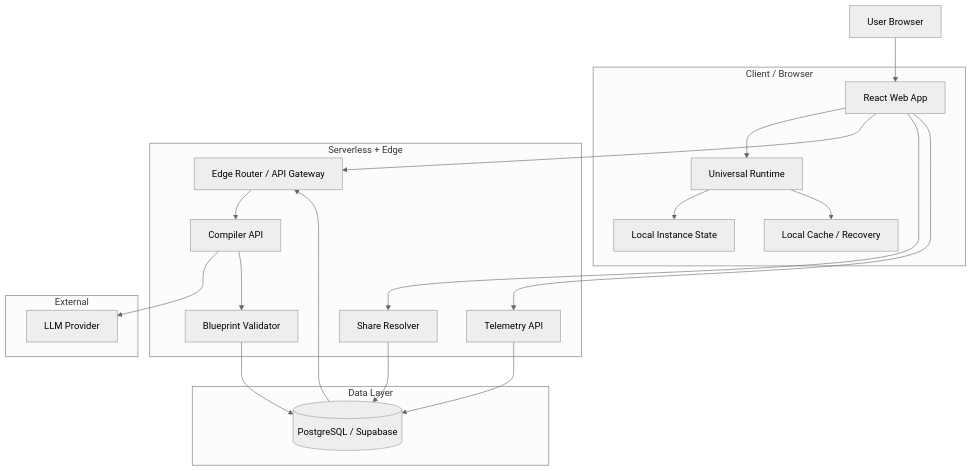
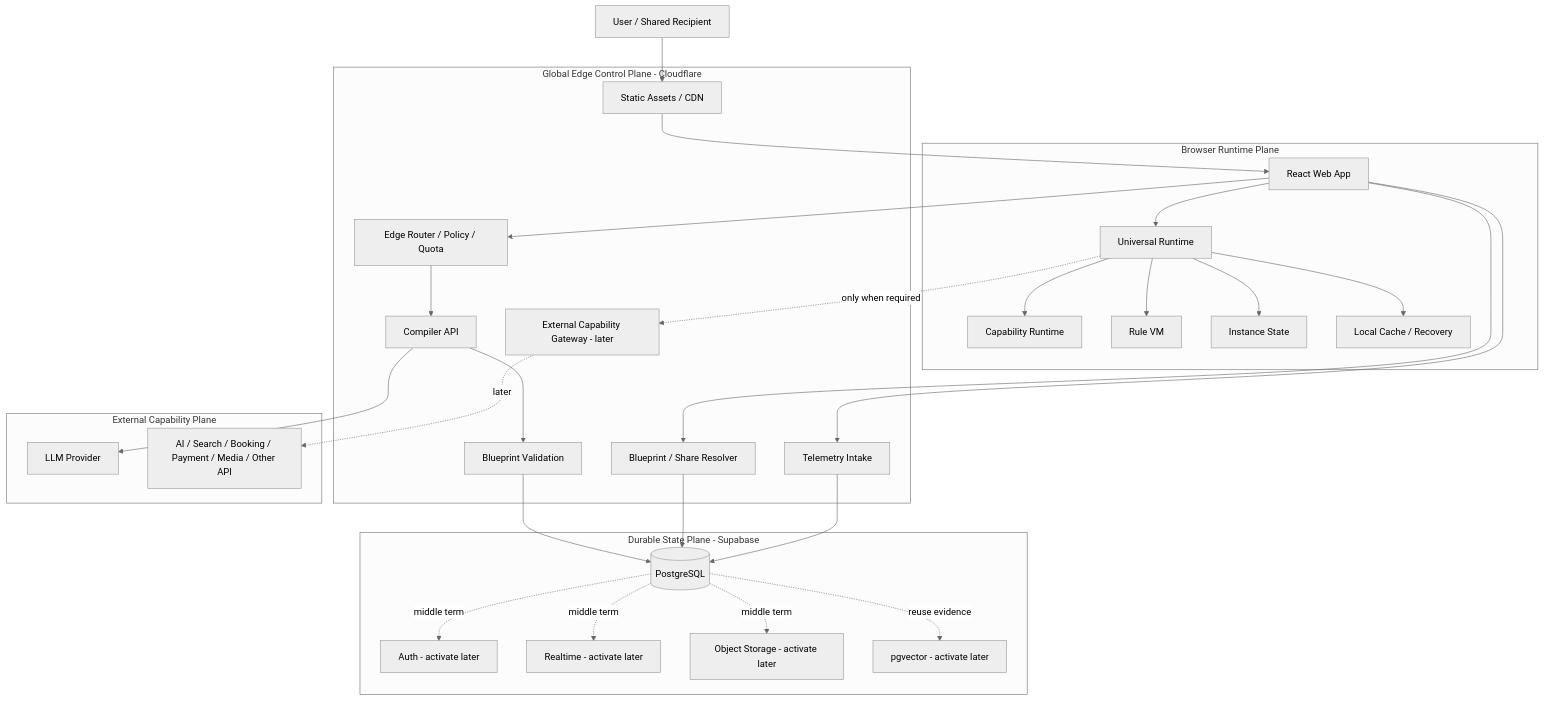
One commit to NFF98/NodeFF changed the first of 2 diagrams in working/INFRA-ARCHITECTURE.md. Above: the diagram before and after it, drawn with Mermaid (neutral theme). The commit also changed other lines of this file, not shown here.

```diff
--- a/working/INFRA-ARCHITECTURE.md
+++ b/working/INFRA-ARCHITECTURE.md
@@ -49,46 +131,64 @@
 ~~~mermaid
 flowchart TB
-    U[User Browser]
+    USER[User / Shared Recipient]
 
-    subgraph CLIENT["Client / Browser"]
+    subgraph RUNTIME["Browser Runtime Plane"]
         WEB[React Web App]
-        RT[Universal Runtime]
-        STATE[Local Instance State]
-        CACHE[Local Cache / Recovery]
+        PLAYER[Universal Runtime]
+        CAP[Capability Runtime]
+        RULE[Rule VM]
+        STATE[Instance State]
+        LOCAL[Local Cache / Recovery]
     end
 
-    subgraph EDGE["Serverless + Edge"]
-        ROUTER[Edge Router / API Gateway]
+    subgraph EDGE["Global Edge Control Plane - Cloudflare"]
+        CDN[Static Assets / CDN]
+        ROUTER[Edge Router / Policy / Quota]
         COMPILER[Compiler API]
-        VALIDATOR[Blueprint Validator]
-        SHARE[Share Resolver]
-        EVENTS[Telemetry API]
+        VALIDATOR[Blueprint Validation]
+        RESOLVER[Blueprint / Share Resolver]
+        EVENTS[Telemetry Intake]
+        GATEWAY[External Capability Gateway - later]
     end
 
-    subgraph DATA["Data Layer"]
-        PG[(PostgreSQL / Supabase)]
+    subgraph DATA["Durable State Plane - Supabase"]
+        PG[(PostgreSQL)]
+        AUTH[Auth - activate later]
+        REALTIME[Realtime - activate later]
+        STORAGE[Object Storage - activate later]
+        VECTOR[pgvector - activate later]
     end
 
-    subgraph EXTERNAL["External"]
+    subgraph EXT["External Capability Plane"]
         LLM[LLM Provider]
+        EXTAPI[AI / Search / Booking / Payment / Media / Other API]
     end
 
-    U --> WEB
-    WEB --> RT
-    RT --> STATE
-    RT --> CACHE
+    USER --> CDN
+    CDN --> WEB
+    WEB --> PLAYER
+    PLAYER --> CAP
+    PLAYER --> RULE
+    PLAYER --> STATE
+    PLAYER --> LOCAL
 
     WEB --> ROUTER
     ROUTER --> COMPILER
     COMPILER --> LLM
     COMPILER --> VALIDATOR
     VALIDATOR --> PG
 
-    WEB --> SHARE
-    SHARE --> PG
+    WEB --> RESOLVER
+    RESOLVER --> PG
 
     WEB --> EVENTS
     EVENTS --> PG
 
-    PG --> ROUTER
+    PLAYER -. only when required .-> GATEWAY
+    GATEWAY -. later .-> EXTAPI
+
+    PG -. middle term .-> AUTH
+    PG -. middle term .-> REALTIME
+    PG -. middle term .-> STORAGE
+    PG -. reuse evidence .-> VECTOR
 ~~~
```
